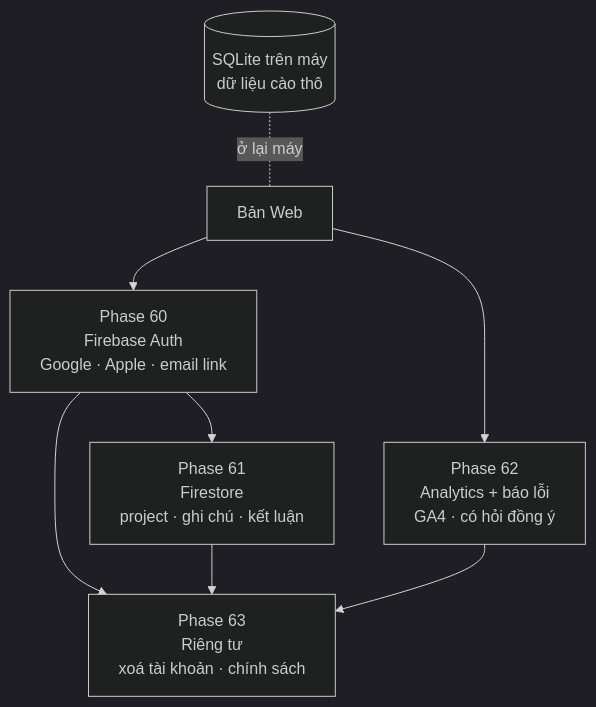
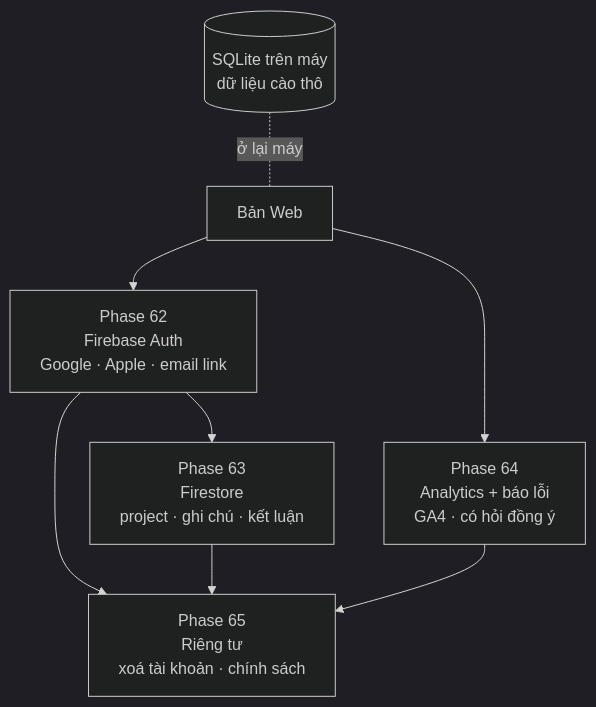
Before and after one commit to nvminhtu/niche-radar-docs: the diagram in docs/web/version-9.md, drawn with Mermaid (dark theme). The commit also changed other lines of this file and 298 other files, not shown here.

````diff
--- a/docs/web/version-9.md
+++ b/docs/web/version-9.md
@@ -21,8 +21,8 @@
 ```mermaid
 flowchart TB
-  APP[Bản Web] --> AUTH[Phase 60<br/>Firebase Auth<br/>Google · Apple · email link]
-  AUTH --> FS[Phase 61<br/>Firestore<br/>project · ghi chú · kết luận]
-  APP --> AN[Phase 62<br/>Analytics + báo lỗi<br/>GA4 · có hỏi đồng ý]
-  AUTH & FS & AN --> PV[Phase 63<br/>Riêng tư<br/>xoá tài khoản · chính sách]
+  APP[Bản Web] --> AUTH[Phase 62<br/>Firebase Auth<br/>Google · Apple · email link]
+  AUTH --> FS[Phase 63<br/>Firestore<br/>project · ghi chú · kết luận]
+  APP --> AN[Phase 64<br/>Analytics + báo lỗi<br/>GA4 · có hỏi đồng ý]
+  AUTH & FS & AN --> PV[Phase 65<br/>Riêng tư<br/>xoá tài khoản · chính sách]
   LOCAL[(SQLite trên máy<br/>dữ liệu cào thô)] -.ở lại máy.- APP
 ```
````
